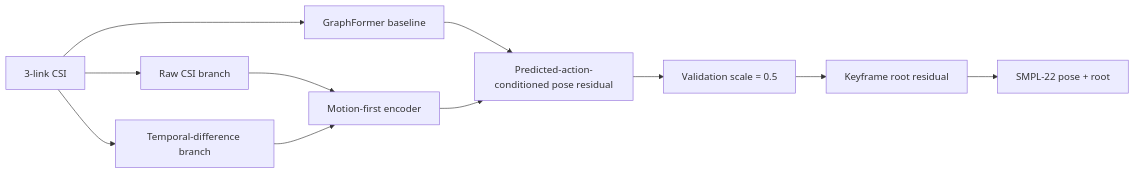
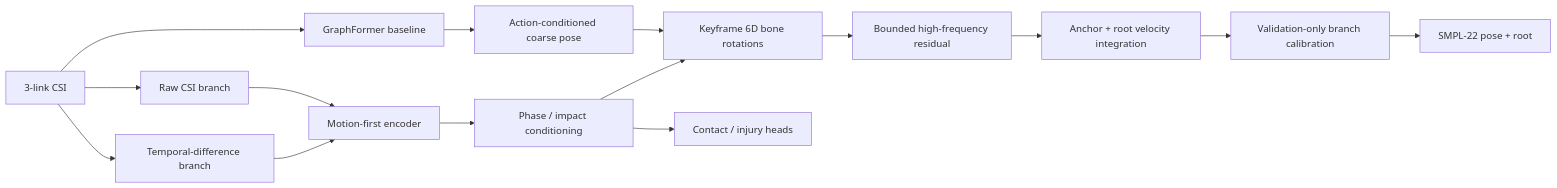
One commit to jjyoon012-git/NotiFi changed the first of 4 diagrams in CSI-to-Pose/README.md. Above: the diagram before and after it, drawn with Mermaid. The commit also changed other lines of this file and 11 other files, not shown here.

````diff
--- a/CSI-to-Pose/README.md
+++ b/CSI-to-Pose/README.md
@@ -41,13 +41,17 @@
 ```mermaid
 flowchart LR
     A["3-link CSI"] --> B["GraphFormer baseline"]
     A --> C["Raw CSI branch"]
     A --> D["Temporal-difference branch"]
     C --> E["Motion-first encoder"]
     D --> E
-    B --> F["Predicted-action-conditioned pose residual"]
-    E --> F
-    F --> G["Validation scale = 0.5"]
-    G --> H["Keyframe root residual"]
-    H --> I["SMPL-22 pose + root"]
+    B --> F["Action-conditioned coarse pose"]
+    E --> G["Phase / impact conditioning"]
+    F --> H["Keyframe 6D bone rotations"]
+    G --> H
+    H --> I["Bounded high-frequency residual"]
+    I --> J["Anchor + root velocity integration"]
+    G --> K["Contact / injury heads"]
+    J --> L["Validation-only branch calibration"]
+    L --> M["SMPL-22 pose + root"]
 ```
````
